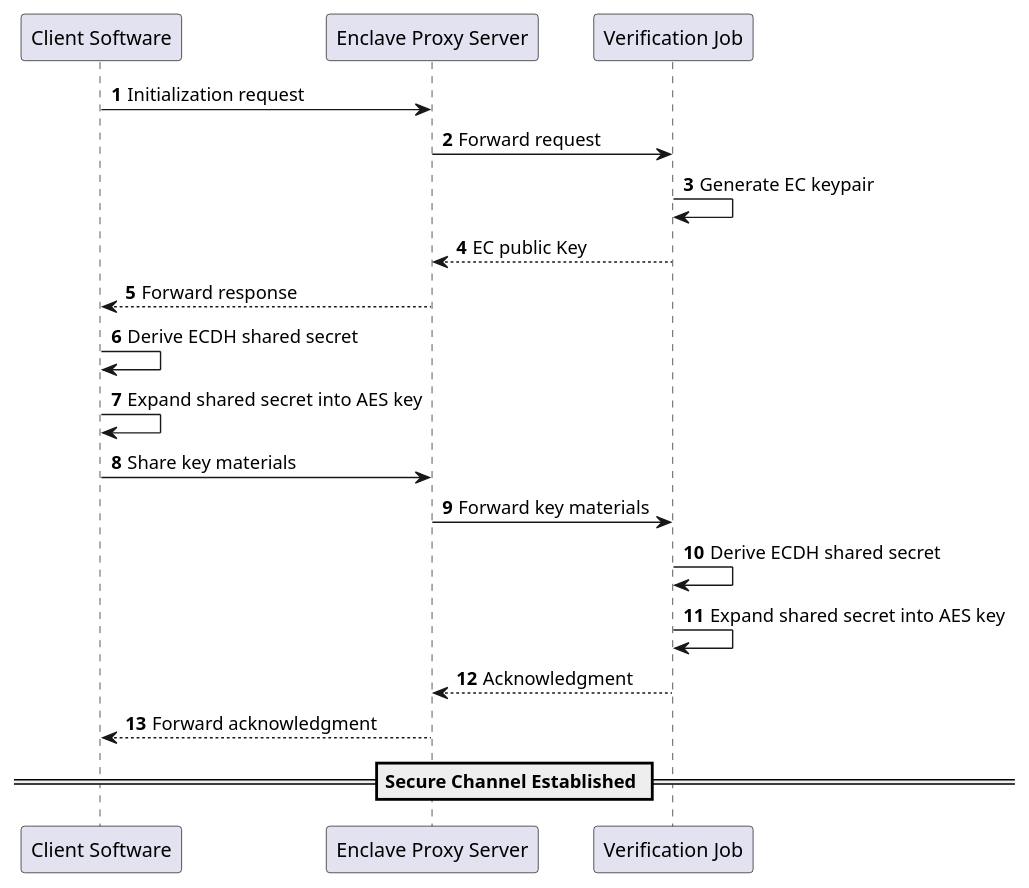
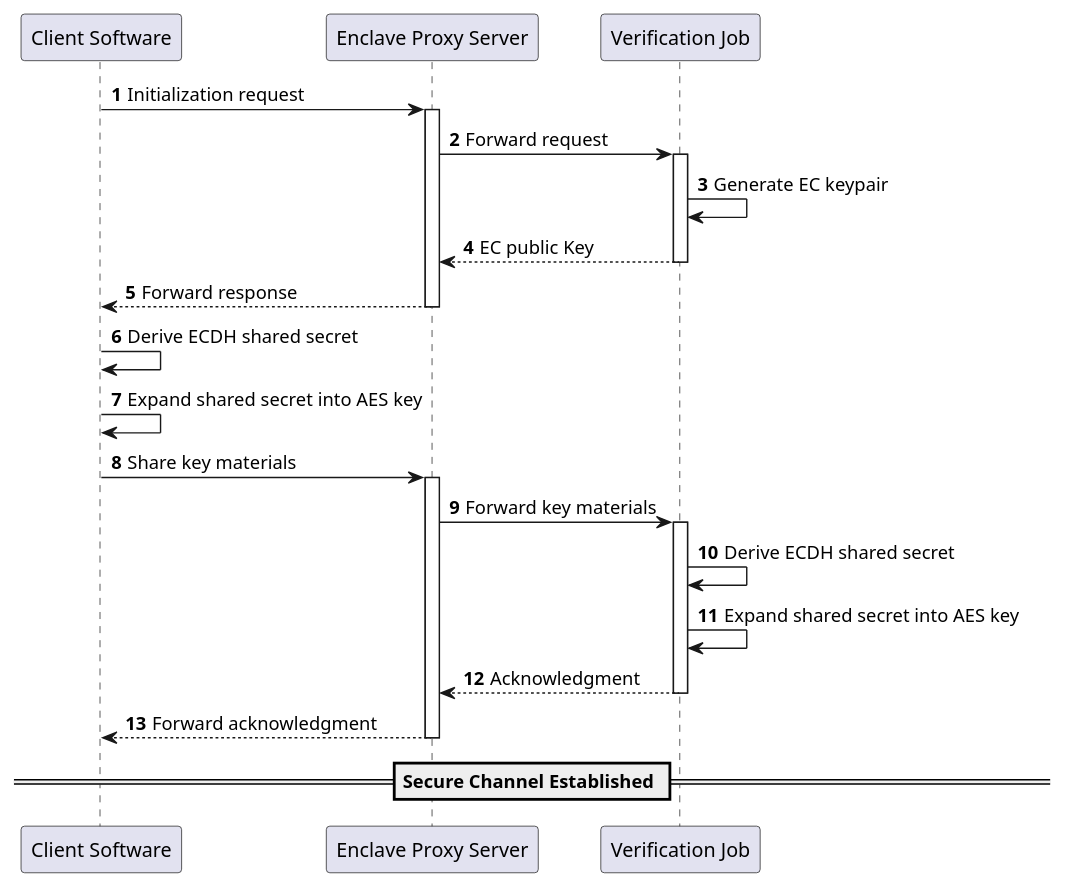
The diagram in doc/kep.puml (Breinich/CMCaaS), drawn with PlantUML before and after one commit.

Commit message:
update kep diagram

```diff
--- a/doc/kep.puml
+++ b/doc/kep.puml
@@ -1,20 +1,28 @@
 @startuml
 
 autonumber
 
 "Client Software" as client -> "Enclave Proxy Server" as proxy: Initialization request
+activate proxy
 proxy -> "Verification Job" as enclave: Forward request
+activate enclave
 enclave -> enclave: Generate EC keypair
 enclave --> proxy: EC public Key
+deactivate enclave
 proxy --> client: Forward response
+deactivate proxy
 client -> client : Derive ECDH shared secret
 client -> client : Expand shared secret into AES key
 client -> proxy : Share key materials
+activate proxy
 proxy -> enclave: Forward key materials
+activate enclave
 enclave -> enclave : Derive ECDH shared secret
 enclave -> enclave : Expand shared secret into AES key
+
 enclave --> proxy : Acknowledgment
+deactivate enclave
 proxy --> client : Forward acknowledgment
-
+deactivate proxy
 == Secure Channel Established ==
 @enduml
```
